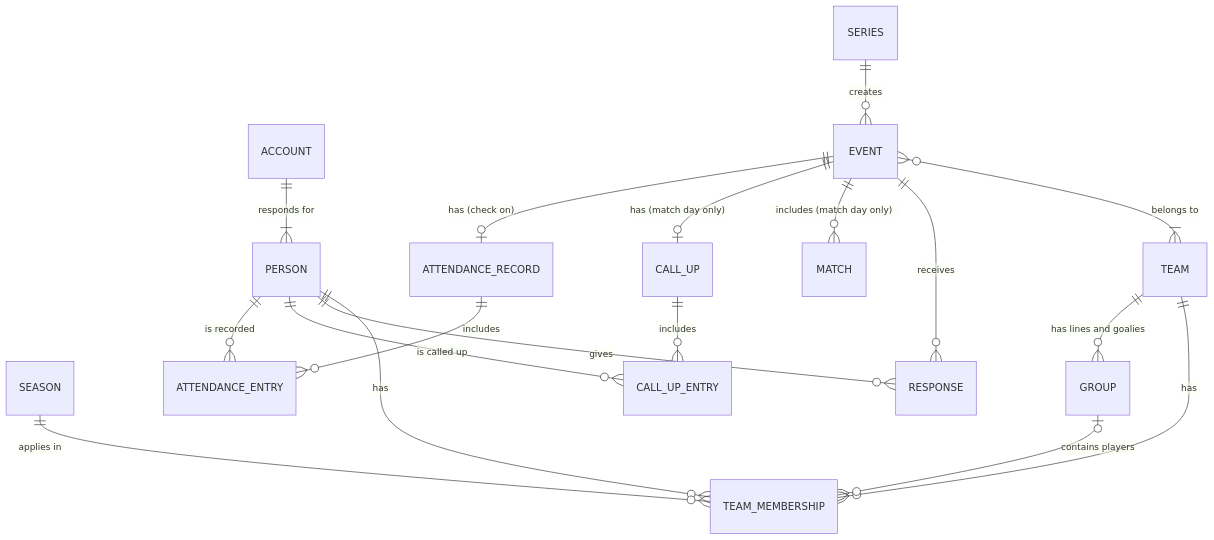
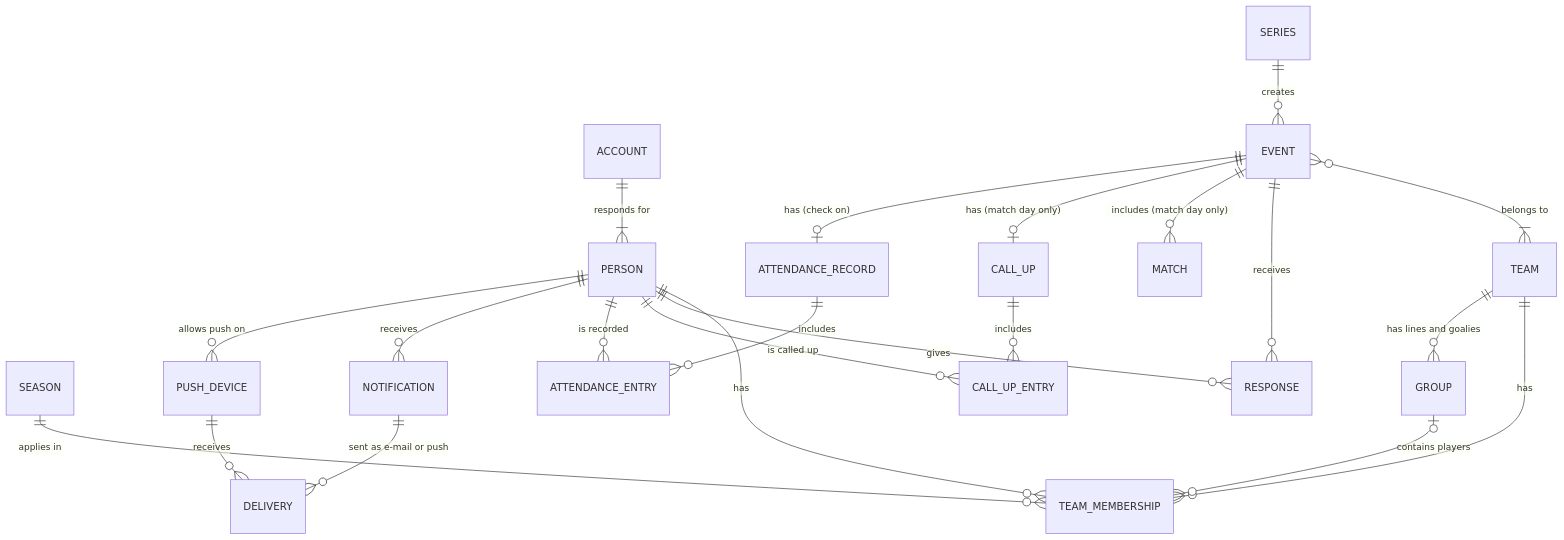
The diagram in docs/domain-model.md (cyrilleulmi/StvBeroPlatform), drawn with Mermaid before and after one commit. The commit also changed other lines of this file and 57 other files, not shown here.

First line of the commit message:
F-19 · Notifications by e-mail and push (#73)

````diff
--- a/docs/domain-model.md
+++ b/docs/domain-model.md
@@ -35,20 +39,24 @@
 ```mermaid
 erDiagram
     ACCOUNT ||--|{ PERSON : "responds for"
     PERSON ||--o{ TEAM_MEMBERSHIP : has
     TEAM ||--o{ TEAM_MEMBERSHIP : has
     SEASON ||--o{ TEAM_MEMBERSHIP : "applies in"
     TEAM ||--o{ GROUP : "has lines and goalies"
     GROUP |o--o{ TEAM_MEMBERSHIP : "contains players"
     SERIES ||--o{ EVENT : creates
     EVENT }o--|{ TEAM : "belongs to"
     EVENT ||--o{ RESPONSE : receives
     PERSON ||--o{ RESPONSE : gives
     EVENT ||--o{ MATCH : "includes (match day only)"
     EVENT ||--o| CALL_UP : "has (match day only)"
     CALL_UP ||--o{ CALL_UP_ENTRY : includes
     PERSON ||--o{ CALL_UP_ENTRY : "is called up"
     EVENT ||--o| ATTENDANCE_RECORD : "has (check on)"
     ATTENDANCE_RECORD ||--o{ ATTENDANCE_ENTRY : includes
     PERSON ||--o{ ATTENDANCE_ENTRY : "is recorded"
+    PERSON ||--o{ NOTIFICATION : receives
+    NOTIFICATION ||--o{ DELIVERY : "sent as e-mail or push"
+    PERSON ||--o{ PUSH_DEVICE : "allows push on"
+    PUSH_DEVICE ||--o{ DELIVERY : receives
 ```
````
